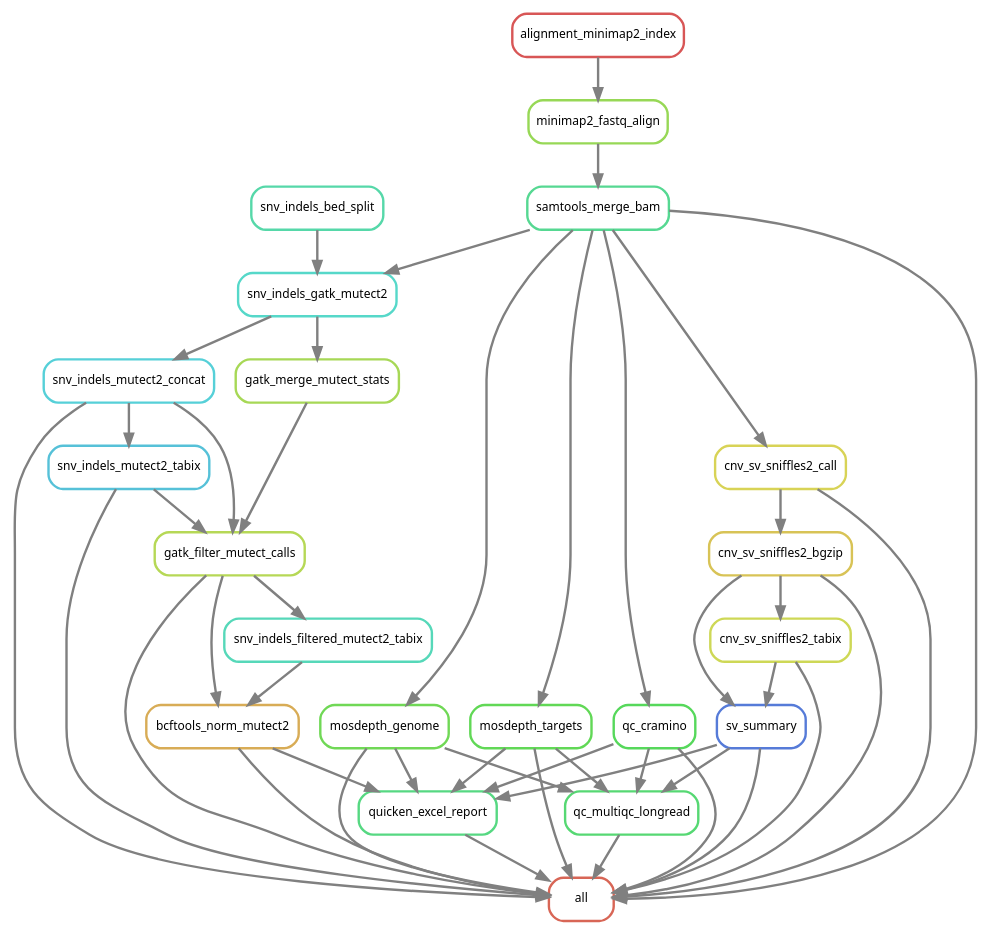
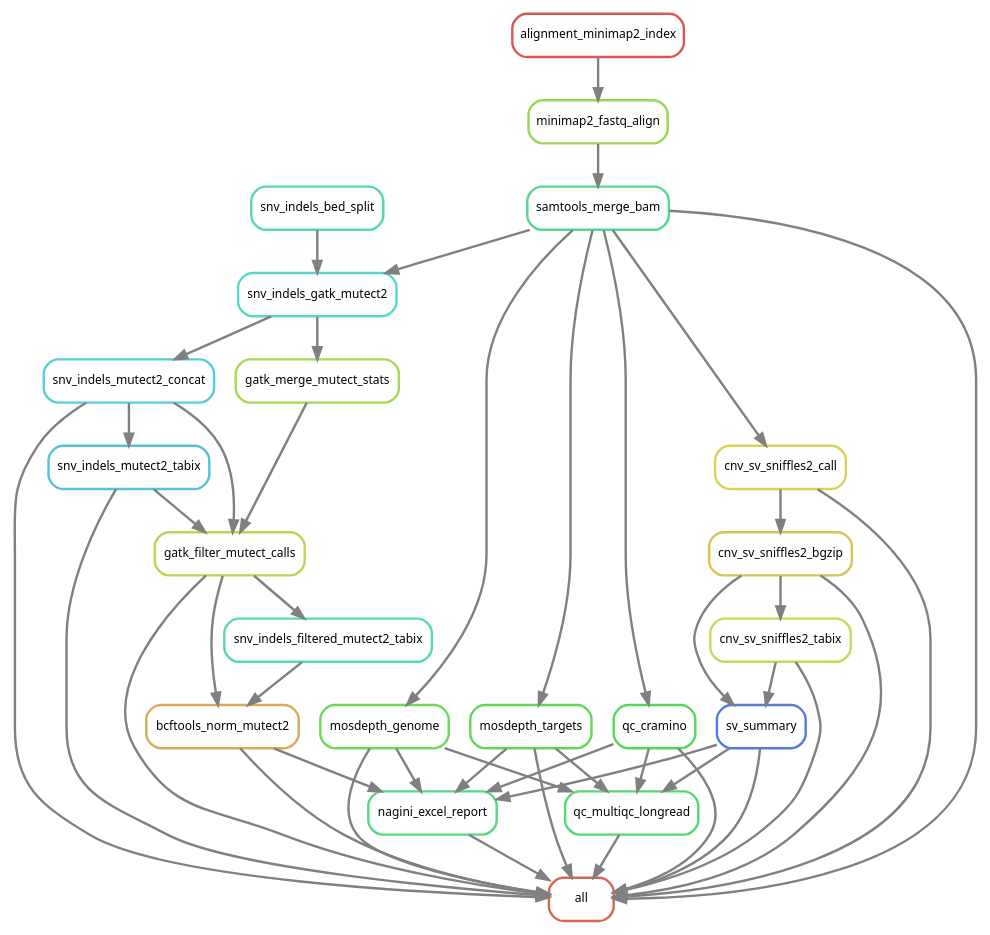
The diagram in workflow/rulegraph.dot (olawa/nagini), drawn with Graphviz before and after one commit. The commit also changed 36 other files, not shown here.

```diff
--- a/workflow/rulegraph.dot
+++ b/workflow/rulegraph.dot
@@ -1,70 +1,70 @@
 digraph snakemake_dag {
     graph[bgcolor=white, margin=0];
     node[shape=box, style=rounded, fontname=sans, fontsize=10, penwidth=2];
     edge[penwidth=2, color=grey];
     0[label = "all", color = "0.02 0.6 0.85", style="rounded"];
     1[label = "samtools_merge_bam", color = "0.41 0.6 0.85", style="rounded"];
     2[label = "minimap2_fastq_align", color = "0.25 0.6 0.85", style="rounded"];
     3[label = "alignment_minimap2_index", color = "0.00 0.6 0.85", style="rounded"];
     4[label = "qc_cramino", color = "0.34 0.6 0.85", style="rounded"];
     5[label = "mosdepth_genome", color = "0.30 0.6 0.85", style="rounded"];
     6[label = "mosdepth_targets", color = "0.32 0.6 0.85", style="rounded"];
     7[label = "cnv_sv_sniffles2_bgzip", color = "0.14 0.6 0.85", style="rounded"];
     8[label = "cnv_sv_sniffles2_call", color = "0.16 0.6 0.85", style="rounded"];
     9[label = "cnv_sv_sniffles2_tabix", color = "0.18 0.6 0.85", style="rounded"];
     10[label = "sv_summary", color = "0.62 0.6 0.85", style="rounded"];
     11[label = "snv_indels_mutect2_concat", color = "0.51 0.6 0.85", style="rounded"];
     12[label = "snv_indels_gatk_mutect2", color = "0.48 0.6 0.85", style="rounded"];
     13[label = "snv_indels_bed_split", color = "0.44 0.6 0.85", style="rounded"];
     14[label = "snv_indels_mutect2_tabix", color = "0.53 0.6 0.85", style="rounded"];
     15[label = "gatk_filter_mutect_calls", color = "0.21 0.6 0.85", style="rounded"];
     16[label = "gatk_merge_mutect_stats", color = "0.23 0.6 0.85", style="rounded"];
     17[label = "bcftools_norm_mutect2", color = "0.11 0.6 0.85", style="rounded"];
     18[label = "snv_indels_filtered_mutect2_tabix", color = "0.46 0.6 0.85", style="rounded"];
     19[label = "qc_multiqc_longread", color = "0.37 0.6 0.85", style="rounded"];
-    20[label = "quicken_excel_report", color = "0.39 0.6 0.85", style="rounded"];
+    20[label = "nagini_excel_report", color = "0.39 0.6 0.85", style="rounded"];
     1 -> 0;
     7 -> 0;
     4 -> 0;
     19 -> 0;
     5 -> 0;
     20 -> 0;
     9 -> 0;
     10 -> 0;
     6 -> 0;
     15 -> 0;
     11 -> 0;
     14 -> 0;
     8 -> 0;
     17 -> 0;
     2 -> 1;
     3 -> 2;
     1 -> 4;
     1 -> 5;
     1 -> 6;
     8 -> 7;
     1 -> 8;
     7 -> 9;
     9 -> 10;
     7 -> 10;
     12 -> 11;
     1 -> 12;
     13 -> 12;
     11 -> 14;
     11 -> 15;
     14 -> 15;
     16 -> 15;
     12 -> 16;
     18 -> 17;
     15 -> 17;
     15 -> 18;
     4 -> 19;
     6 -> 19;
     5 -> 19;
     10 -> 19;
     4 -> 20;
     5 -> 20;
     10 -> 20;
     6 -> 20;
     17 -> 20;
 }
```
